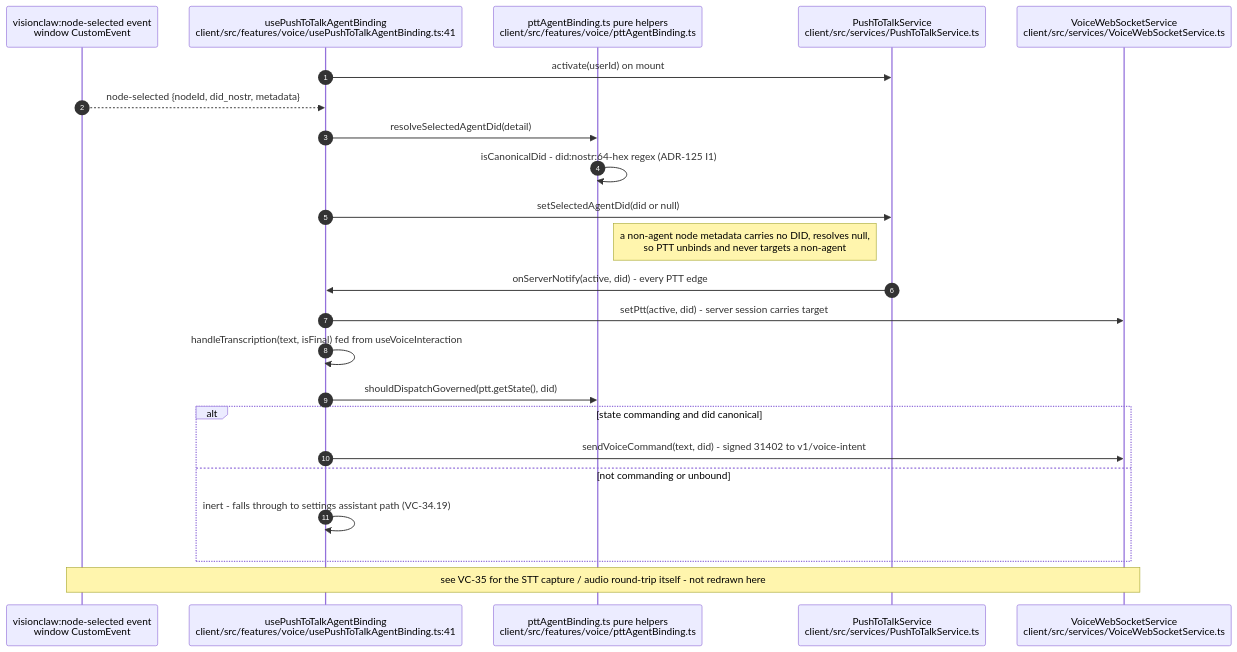
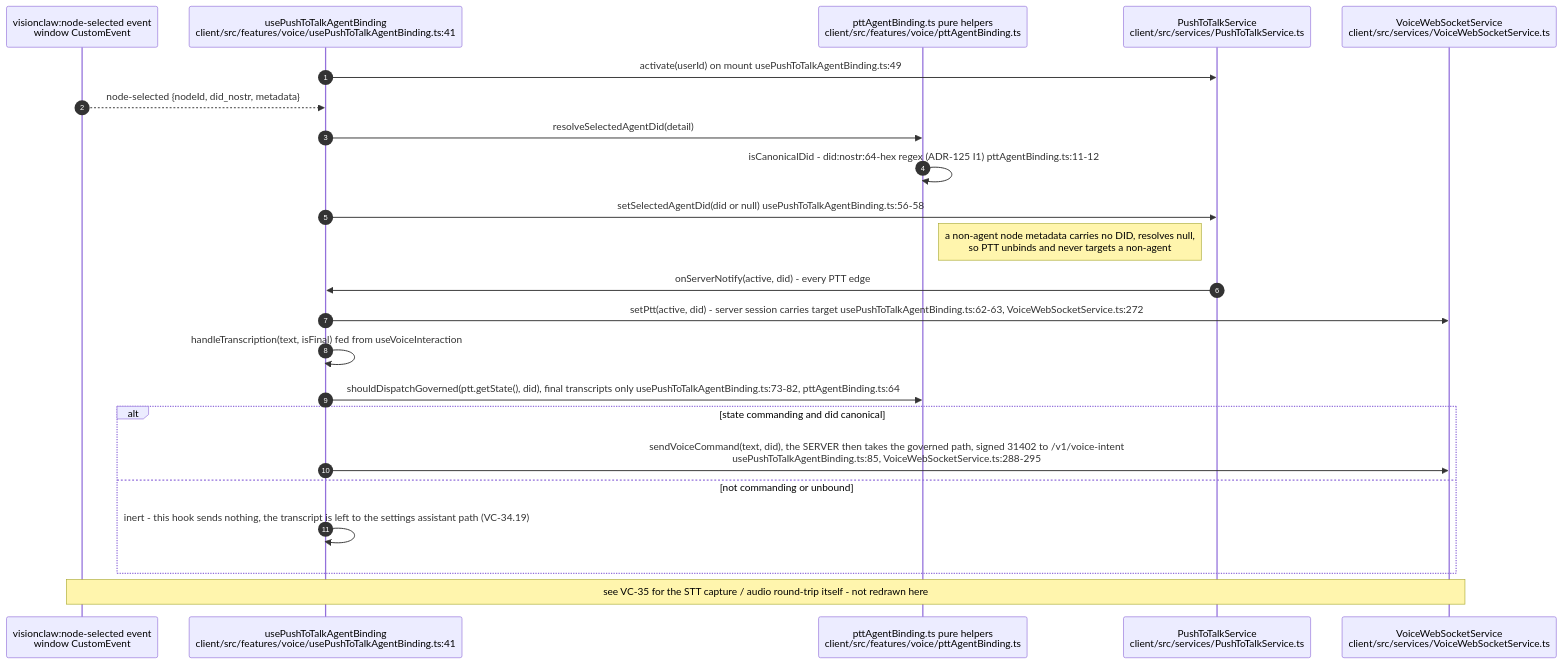
One commit to DreamLab-AI/VisionFlow changed diagram 20 of 20 in docs/diagrams/visionclaw/34-client-features.md. Above: the diagram before and after it, drawn with Mermaid. The commit also changed other lines of this file and 173 other files, not shown here.

````diff
--- a/docs/diagrams/visionclaw/34-client-features.md
+++ b/docs/diagrams/visionclaw/34-client-features.md
@@ -682,26 +700,26 @@
 ```mermaid
 sequenceDiagram
     autonumber
     participant Graph as visionclaw:node-selected event<br/>window CustomEvent
     participant Hook as usePushToTalkAgentBinding<br/>client/src/features/voice/usePushToTalkAgentBinding.ts:41
     participant Pure as pttAgentBinding.ts pure helpers<br/>client/src/features/voice/pttAgentBinding.ts
     participant PTT as PushToTalkService<br/>client/src/services/PushToTalkService.ts
     participant VWS as VoiceWebSocketService<br/>client/src/services/VoiceWebSocketService.ts
 
-    Hook->>PTT: activate(userId) on mount
+    Hook->>PTT: activate(userId) on mount usePushToTalkAgentBinding.ts:49
     Graph-->>Hook: node-selected {nodeId, did_nostr, metadata}
     Hook->>Pure: resolveSelectedAgentDid(detail)
-    Pure->>Pure: isCanonicalDid - did:nostr:64-hex regex (ADR-125 I1)
-    Hook->>PTT: setSelectedAgentDid(did or null)
+    Pure->>Pure: isCanonicalDid - did:nostr:64-hex regex (ADR-125 I1) pttAgentBinding.ts:11-12
+    Hook->>PTT: setSelectedAgentDid(did or null) usePushToTalkAgentBinding.ts:56-58
     Note right of Pure: a non-agent node metadata carries no DID, resolves null,<br/>so PTT unbinds and never targets a non-agent
     PTT->>Hook: onServerNotify(active, did) - every PTT edge
-    Hook->>VWS: setPtt(active, did) - server session carries target
+    Hook->>VWS: setPtt(active, did) - server session carries target usePushToTalkAgentBinding.ts:62-63, VoiceWebSocketService.ts:272
     Hook->>Hook: handleTranscription(text, isFinal) fed from useVoiceInteraction
-    Hook->>Pure: shouldDispatchGoverned(ptt.getState(), did)
+    Hook->>Pure: shouldDispatchGoverned(ptt.getState(), did), final transcripts only usePushToTalkAgentBinding.ts:73-82, pttAgentBinding.ts:64
     alt state commanding and did canonical
-        Hook->>VWS: sendVoiceCommand(text, did) - signed 31402 to v1/voice-intent
+        Hook->>VWS: sendVoiceCommand(text, did), the SERVER then takes the governed path, signed 31402 to /v1/voice-intent<br/>usePushToTalkAgentBinding.ts:85, VoiceWebSocketService.ts:288-295
     else not commanding or unbound
-        Hook->>Hook: inert - falls through to settings assistant path (VC-34.19)
+        Hook->>Hook: inert - this hook sends nothing, the transcript is left to the settings assistant path (VC-34.19)
     end
     Note over Graph,VWS: see VC-35 for the STT capture / audio round-trip itself - not redrawn here
 ```
````
